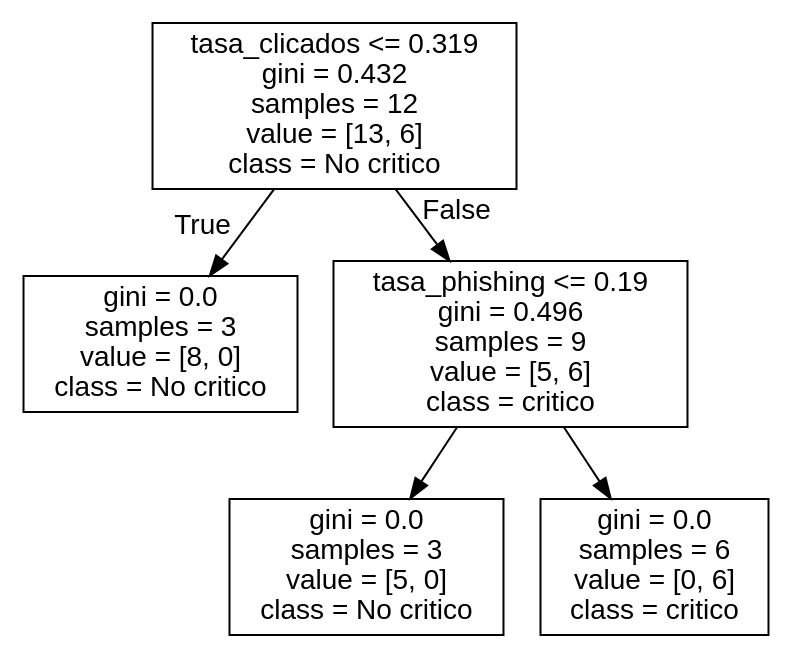
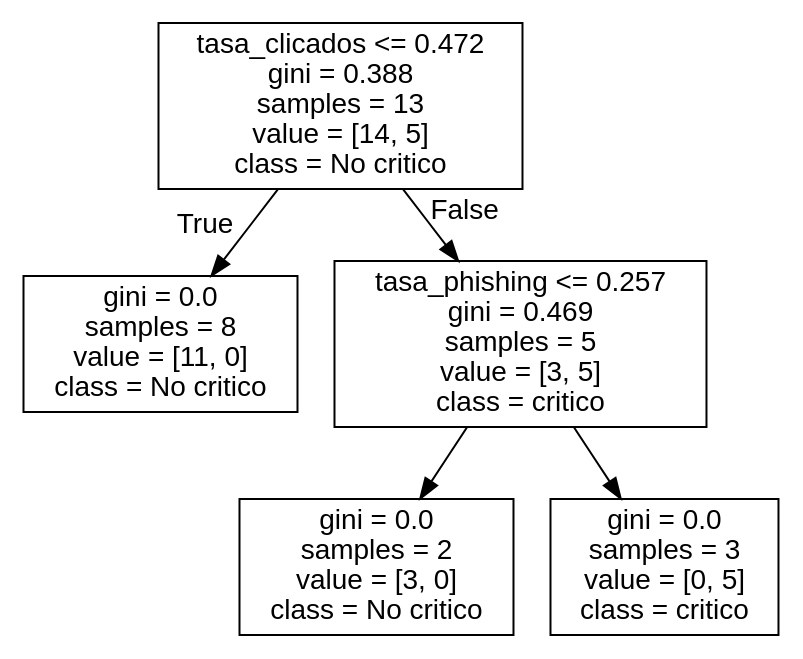
The diagram in tree.dot (dprezp/domadores), drawn with Graphviz before and after one commit. The commit also changed 10 other files, not shown here.

```diff
--- a/tree.dot
+++ b/tree.dot
@@ -1,13 +1,13 @@
 digraph Tree {
 node [shape=box, fontname="helvetica"] ;
 edge [fontname="helvetica"] ;
-0 [label="tasa_clicados <= 0.319\ngini = 0.432\nsamples = 12\nvalue = [13, 6]\nclass = No critico"] ;
-1 [label="gini = 0.0\nsamples = 3\nvalue = [8, 0]\nclass = No critico"] ;
+0 [label="tasa_clicados <= 0.472\ngini = 0.388\nsamples = 13\nvalue = [14, 5]\nclass = No critico"] ;
+1 [label="gini = 0.0\nsamples = 8\nvalue = [11, 0]\nclass = No critico"] ;
 0 -> 1 [labeldistance=2.5, labelangle=45, headlabel="True"] ;
-2 [label="tasa_phishing <= 0.19\ngini = 0.496\nsamples = 9\nvalue = [5, 6]\nclass = critico"] ;
+2 [label="tasa_phishing <= 0.257\ngini = 0.469\nsamples = 5\nvalue = [3, 5]\nclass = critico"] ;
 0 -> 2 [labeldistance=2.5, labelangle=-45, headlabel="False"] ;
-3 [label="gini = 0.0\nsamples = 3\nvalue = [5, 0]\nclass = No critico"] ;
+3 [label="gini = 0.0\nsamples = 2\nvalue = [3, 0]\nclass = No critico"] ;
 2 -> 3 ;
-4 [label="gini = 0.0\nsamples = 6\nvalue = [0, 6]\nclass = critico"] ;
+4 [label="gini = 0.0\nsamples = 3\nvalue = [0, 5]\nclass = critico"] ;
 2 -> 4 ;
 }
```
